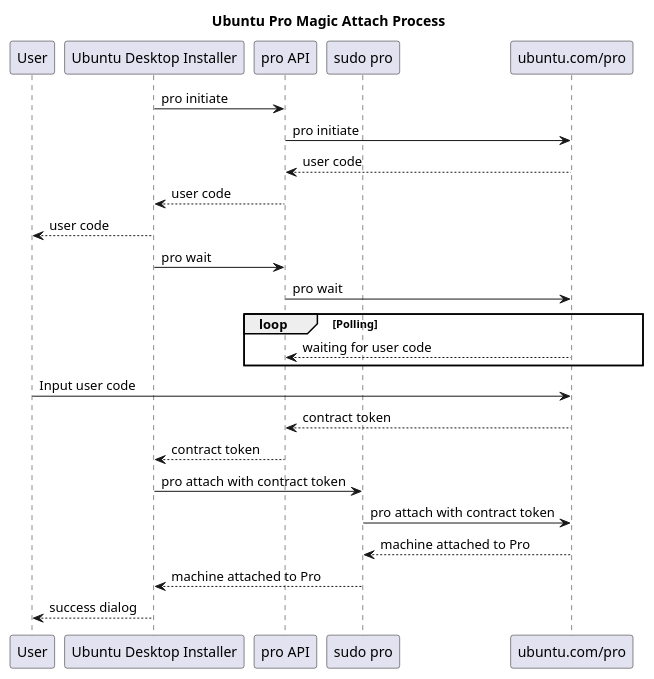
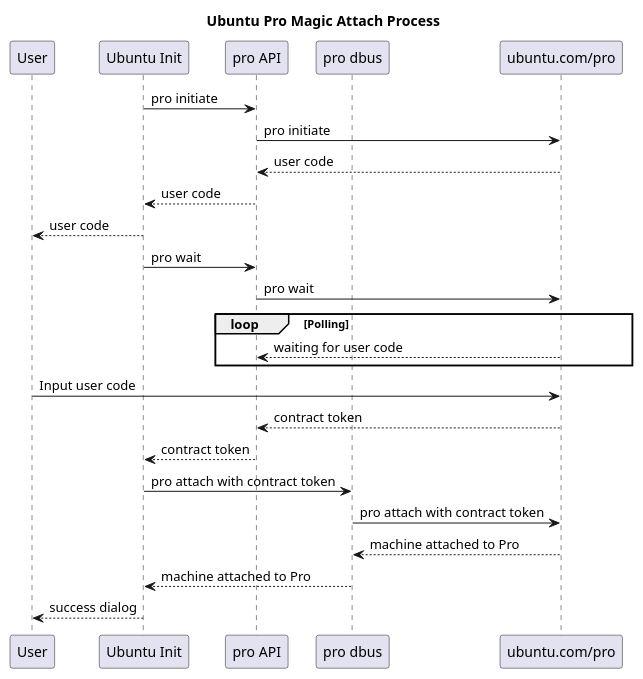
One commit to matthew-hagemann/draft-sequence-diagrams changed the diagram in ubuntu-desktop-provision/ubuntu-pro-magic-attach-flow.wsd. Above: the diagram before and after it, drawn with PlantUML.

Commit message:
rename sudo pro and installer

```diff
--- a/ubuntu-desktop-provision/ubuntu-pro-magic-attach-flow.wsd
+++ b/ubuntu-desktop-provision/ubuntu-pro-magic-attach-flow.wsd
@@ -1,30 +1,30 @@
 @startuml
 title Ubuntu Pro Magic Attach Process
 
 participant User
-participant "Ubuntu Desktop Installer" as Installer
+participant "Ubuntu Init" as Installer
 participant "pro API" as API
-participant "sudo pro" as Pro
+participant "pro dbus" as Pro
 participant "ubuntu.com/pro" as Server
 
 Installer->API: pro initiate
 API->Server: pro initiate
 Server-->API: user code
 API-->Installer: user code
 Installer-->User: user code
 
 Installer->API: pro wait
 API->Server: pro wait
 loop Polling
     Server-->API: waiting for user code
 end
 User->Server: Input user code
 Server-->API: contract token
 API-->Installer: contract token
 
 Installer->Pro: pro attach with contract token
 Pro->Server: pro attach with contract token
 Server-->Pro: machine attached to Pro
 Pro-->Installer: machine attached to Pro
 Installer-->User: success dialog
 @enduml
```
